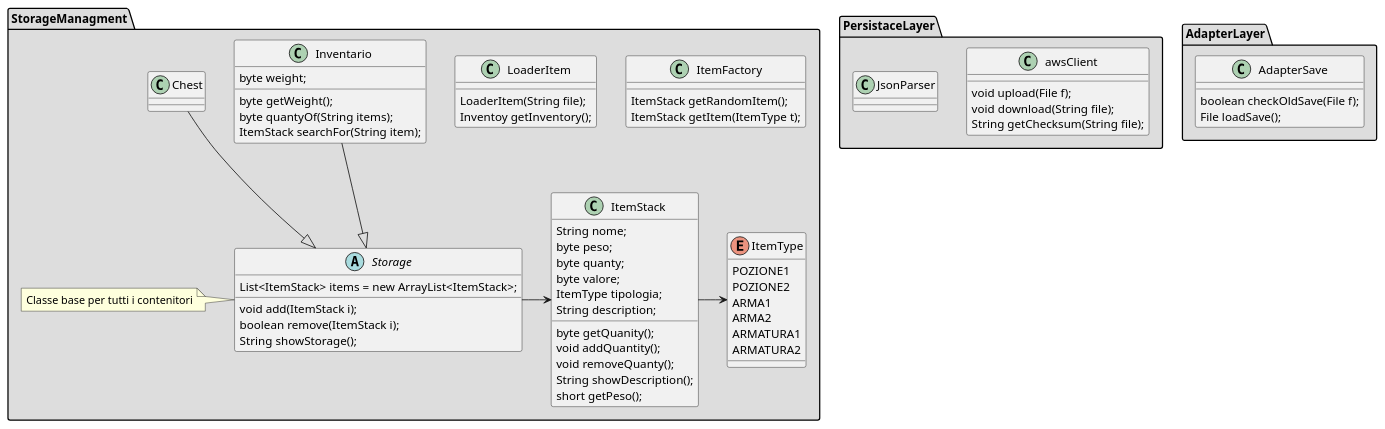
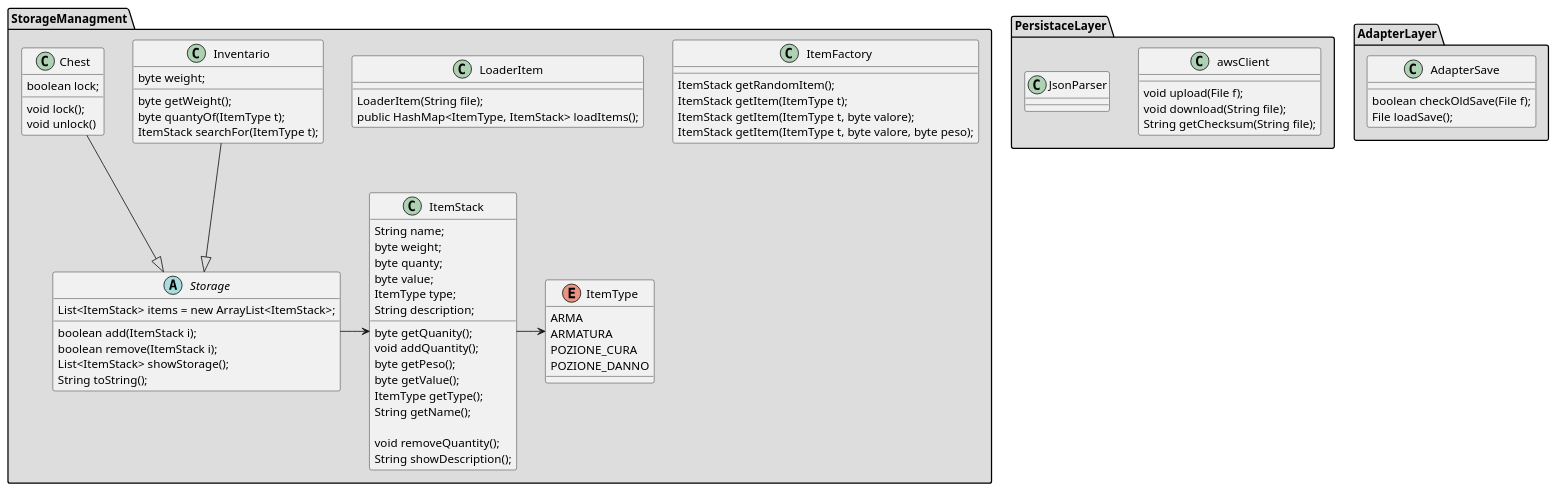
The diagram in DiagrammiUML/ClassDiagram(Storage-Persistance-Adapter).puml (PdP03/ACMD), drawn with PlantUML before and after one commit. The commit also changed 3 other files, not shown here.

Commit message:
Aggiornamento Diagrammi

```diff
--- a/DiagrammiUML/ClassDiagram(Storage-Persistance-Adapter).puml
+++ b/DiagrammiUML/ClassDiagram(Storage-Persistance-Adapter).puml
@@ -1,90 +1,97 @@
 @startuml
 package "StorageManagment" #DDDDDD{  /'songole tipologie elementi'/
 class ItemFactory
 {
   ItemStack getRandomItem();
   ItemStack getItem(ItemType t);
+  ItemStack getItem(ItemType t, byte valore);
+  ItemStack getItem(ItemType t, byte valore, byte peso);
 }
 
 class LoaderItem{
   LoaderItem(String file);
-  Inventoy getInventory();
+  public HashMap<ItemType, ItemStack> loadItems();
 }
 
- class ItemStack {
-   String nome;
-   byte peso;
-   byte quanty;
-   byte valore;
-   ItemType tipologia;   
-   String description;
+class ItemStack {
+  String name;
+  byte weight;
+  byte quanty;
+  byte value;
+  ItemType type;   
+  String description;
    
-   byte getQuanity();
-   void addQuantity();
-   void removeQuanty();
-   String showDescription();
-   short getPeso();
-   /'tutti set get'/
-  
+  byte getQuanity();
+  void addQuantity();
+  byte getPeso();
+  byte getValue();
+  ItemType getType();
+  String getName();
+
+  void removeQuantity();
+  String showDescription();
 }
 
 enum ItemType{
-  POZIONE1
-  POZIONE2
-  ARMA1
-  ARMA2
-  ARMATURA1
-  ARMATURA2
+  ARMA
+  ARMATURA
+  POZIONE_CURA
+  POZIONE_DANNO
 }
 
 /'gestione di infiniti item'/
 abstract Storage{   
   List<ItemStack> items = new ArrayList<ItemStack>;
 
-  void add(ItemStack i);
-  boolean remove(ItemStack i);   /'restituisce false se storage è vuoto'/
-  String showStorage();
+  boolean add(ItemStack i);
+  boolean remove(ItemStack i);
+  List<ItemStack> showStorage();
+  String toString();
 }
-note left of Storage : Classe base per tutti i contenitori
 
-class Inventario{ /'Non serve pesoMax perche è gia presente in player'/
+class Inventario{
   byte weight;
 
   byte getWeight();
-  byte quantyOf(String items);
-  ItemStack searchFor(String item);
+  byte quantyOf(ItemType t);
+  ItemStack searchFor(ItemType t);
 }
 
 class Chest{
+  boolean lock;
+  
+  void lock();
+  void unlock()
+
 }
 
 }
 Storage -> ItemStack 
 Inventario --|> Storage
 
 Chest --|> Storage
 ItemStack -> ItemType
 
 
 
 
 package PersistaceLayer #DDDDDD{
   class awsClient{
     void upload(File f);
     void download(String file);
     String getChecksum(String file);
   }
 
   class JsonParser{
     
   }
   
 }
 
 package AdapterLayer #DDDDDD{
   class AdapterSave{
     boolean checkOldSave(File f);
     File loadSave(); /'file'/
   }
 }
 @enduml
```
